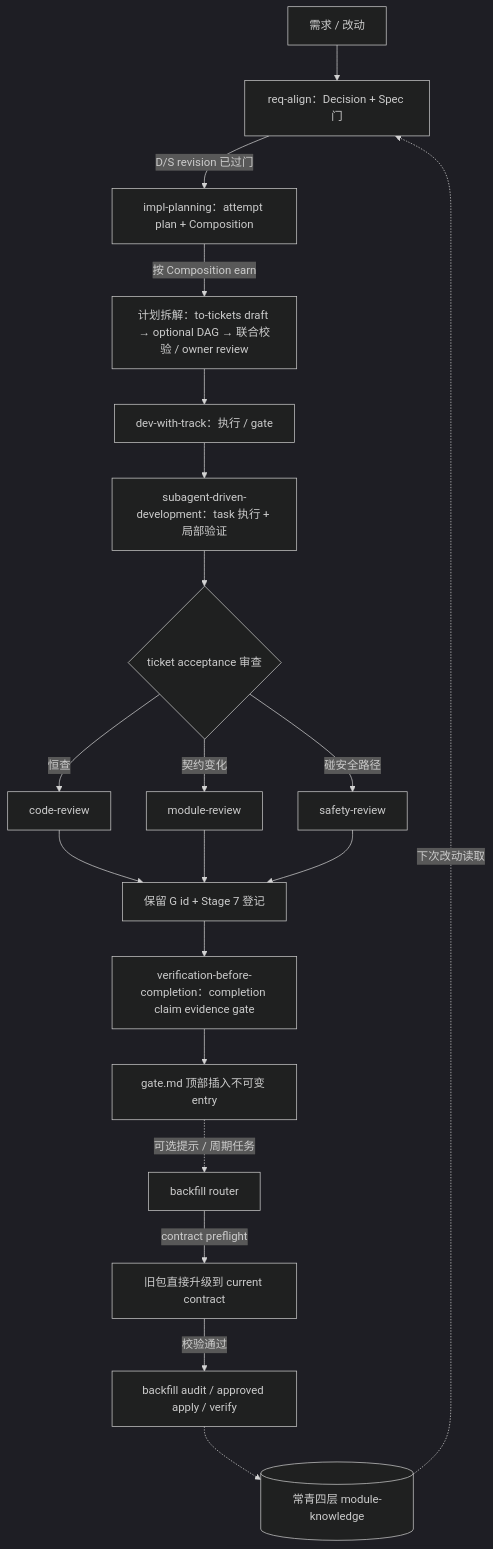
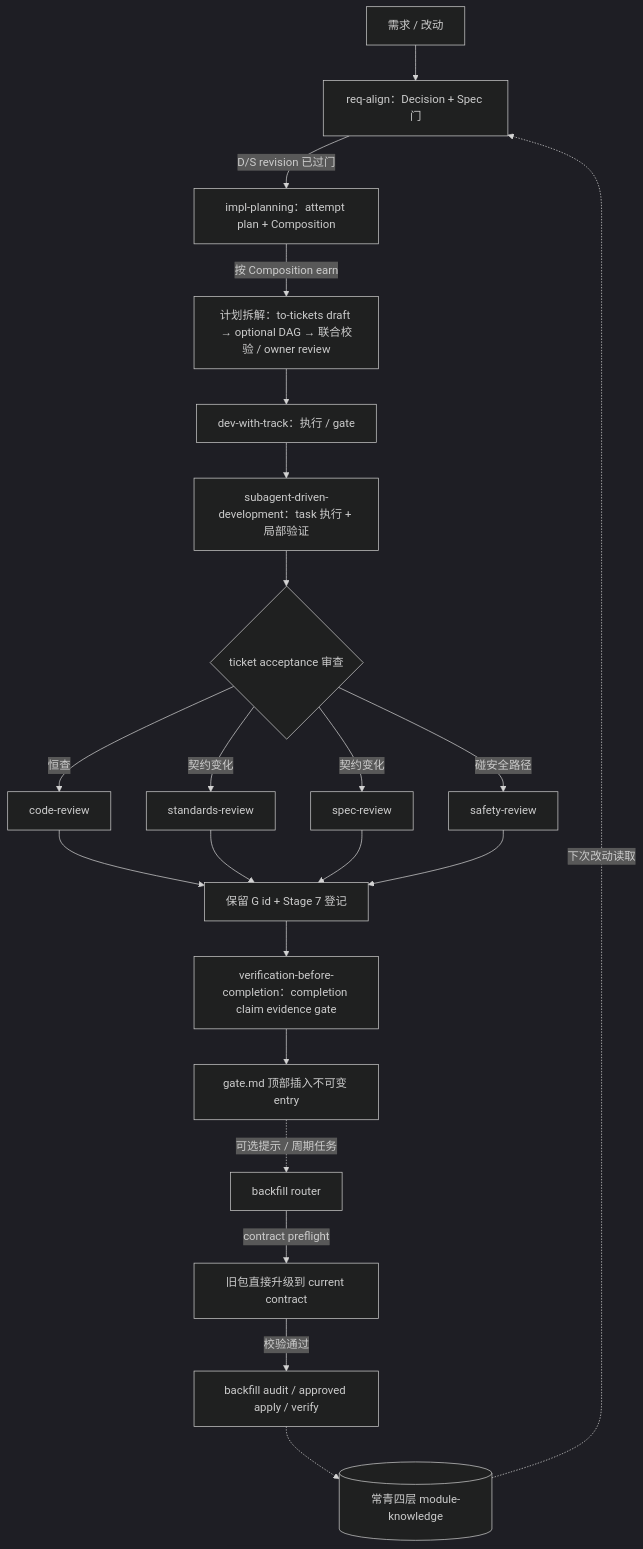
One commit to fangxiao-dev/agent-workbench changed the diagram in skills/impl-package/SKILL.md. Above: the diagram before and after it, drawn with Mermaid (dark theme). The commit also changed other lines of this file and 33 other files, not shown here.

First line of the commit message:
refactor(review): split module review into three tracks

````diff
--- a/skills/impl-package/SKILL.md
+++ b/skills/impl-package/SKILL.md
@@ -28,22 +28,24 @@
 ```mermaid
 flowchart TD
     Req[需求 / 改动] --> RA[req-align：Decision + Spec 门]
     RA -->|D/S revision 已过门| PL[impl-planning：attempt plan + Composition]
     PL -->|按 Composition earn| PD[计划拆解：to-tickets draft → optional DAG → 联合校验 / owner review]
     PD --> EX[dev-with-track：执行 / gate]
     EX --> SD[subagent-driven-development：task 执行 + 局部验证]
     SD --> RV{ticket acceptance 审查}
     RV -->|恒查| CR[code-review]
-    RV -->|契约变化| MR[module-review]
+    RV -->|契约变化| STR[standards-review]
+    RV -->|契约变化| SPR[spec-review]
     RV -->|碰安全路径| SR[safety-review]
     CR --> CAP[保留 G id + Stage 7 登记]
-    MR --> CAP
+    STR --> CAP
+    SPR --> CAP
     SR --> CAP
     CAP --> VC[verification-before-completion：completion claim evidence gate]
     VC --> GT[gate.md 顶部插入不可变 entry]
     GT -. 可选提示 / 周期任务 .-> BF[backfill router]
     BF -->|contract preflight| UP[旧包直接升级到 current contract]
     UP -->|校验通过| BF2[backfill audit / approved apply / verify]
     BF2 -.-> EV[(常青四层 module-knowledge)]
     EV -. 下次改动读取 .-> RA
 ```
````
